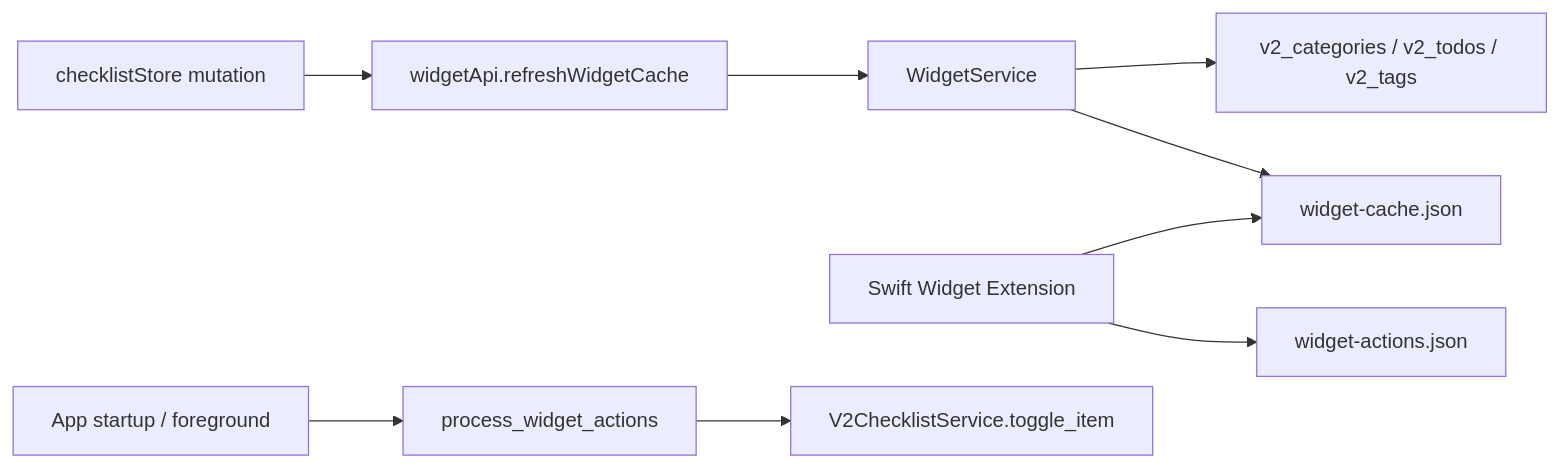
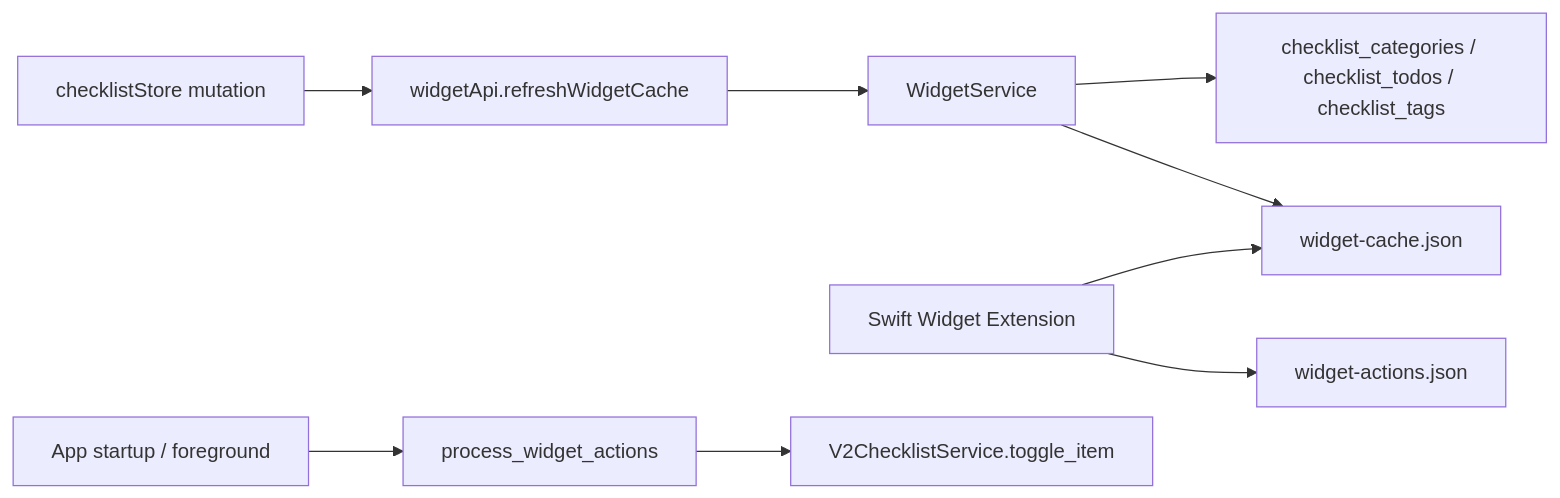
One commit to U-Keun/Tickly changed the diagram in docs/rebuild-notes/020-widget-v2-direction.md. Above: the diagram before and after it, drawn with Mermaid. The commit also changed 28 other files, not shown here.

````diff
--- a/docs/rebuild-notes/020-widget-v2-direction.md
+++ b/docs/rebuild-notes/020-widget-v2-direction.md
@@ -9,11 +9,11 @@
 ```mermaid
 flowchart LR
   V2Store["checklistStore mutation"] --> WidgetApi["widgetApi.refreshWidgetCache"]
   WidgetApi --> WidgetService["WidgetService"]
-  WidgetService --> V2Tables["v2_categories / v2_todos / v2_tags"]
+  WidgetService --> V2Tables["checklist_categories / checklist_todos / checklist_tags"]
   WidgetService --> Cache["widget-cache.json"]
   SwiftWidget["Swift Widget Extension"] --> Cache
   SwiftWidget --> Queue["widget-actions.json"]
   AppLaunch["App startup / foreground"] --> Process["process_widget_actions"]
   Process --> V2Toggle["V2ChecklistService.toggle_item"]
 ```
````
